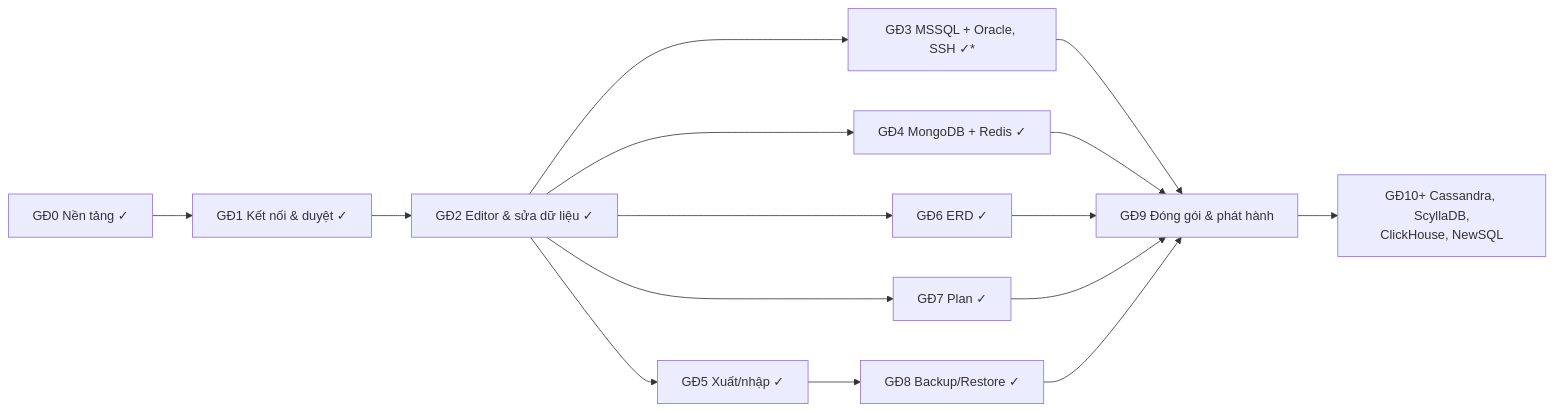
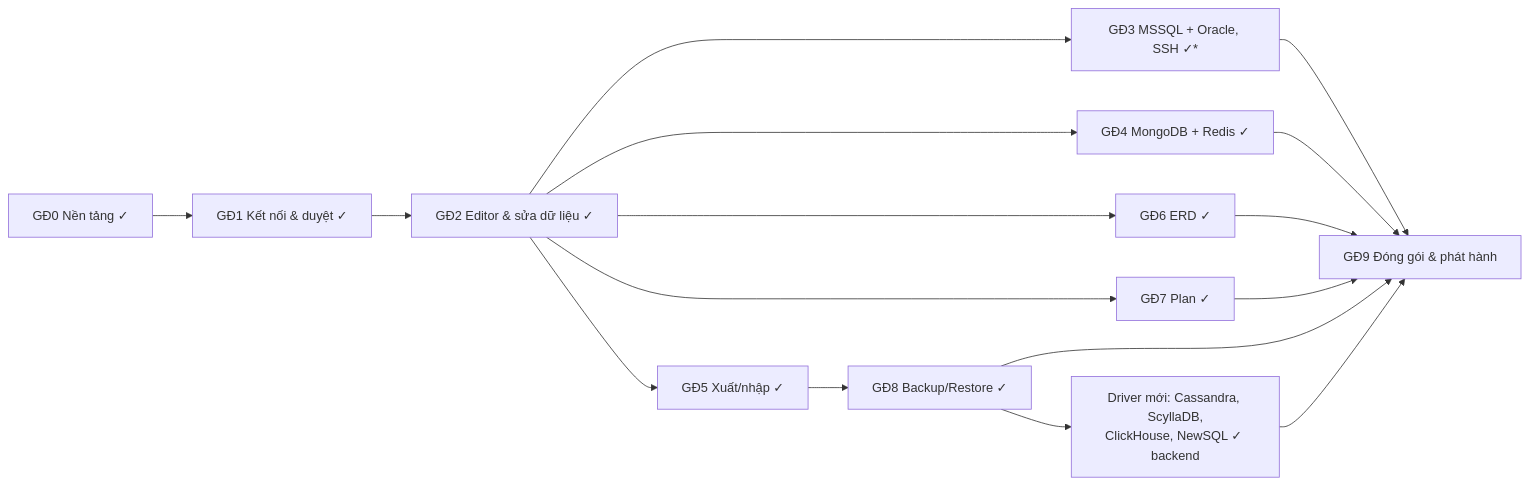
The diagram in docs/roadmap.md (rickymta/dbstudio), drawn with Mermaid before and after one commit. The commit also changed other lines of this file and 4 other files, not shown here.

First line of the commit message:
docs: cập nhật tài liệu sau đợt tồn đọng + GĐ9 driver mới (phần backend)

````diff
--- a/docs/roadmap.md
+++ b/docs/roadmap.md
@@ -21,17 +21,18 @@
 ```mermaid
 flowchart LR
     G0["GĐ0 Nền tảng ✓"] --> G1["GĐ1 Kết nối & duyệt ✓"]
     G1 --> G2["GĐ2 Editor & sửa dữ liệu ✓"]
     G2 --> G3["GĐ3 MSSQL + Oracle, SSH ✓*"]
     G2 --> G4["GĐ4 MongoDB + Redis ✓"]
     G2 --> G5["GĐ5 Xuất/nhập ✓"]
     G2 --> G6["GĐ6 ERD ✓"]
     G2 --> G7["GĐ7 Plan ✓"]
     G5 --> G8["GĐ8 Backup/Restore ✓"]
     G3 --> G9["GĐ9 Đóng gói & phát hành"]
     G4 --> G9
     G6 --> G9
     G7 --> G9
     G8 --> G9
-    G9 --> G10["GĐ10+ Cassandra, ScyllaDB,<br/>ClickHouse, NewSQL"]
+    G8 --> G10["Driver mới: Cassandra, ScyllaDB,<br/>ClickHouse, NewSQL ✓ backend"]
+    G10 --> G9
 ```
````
